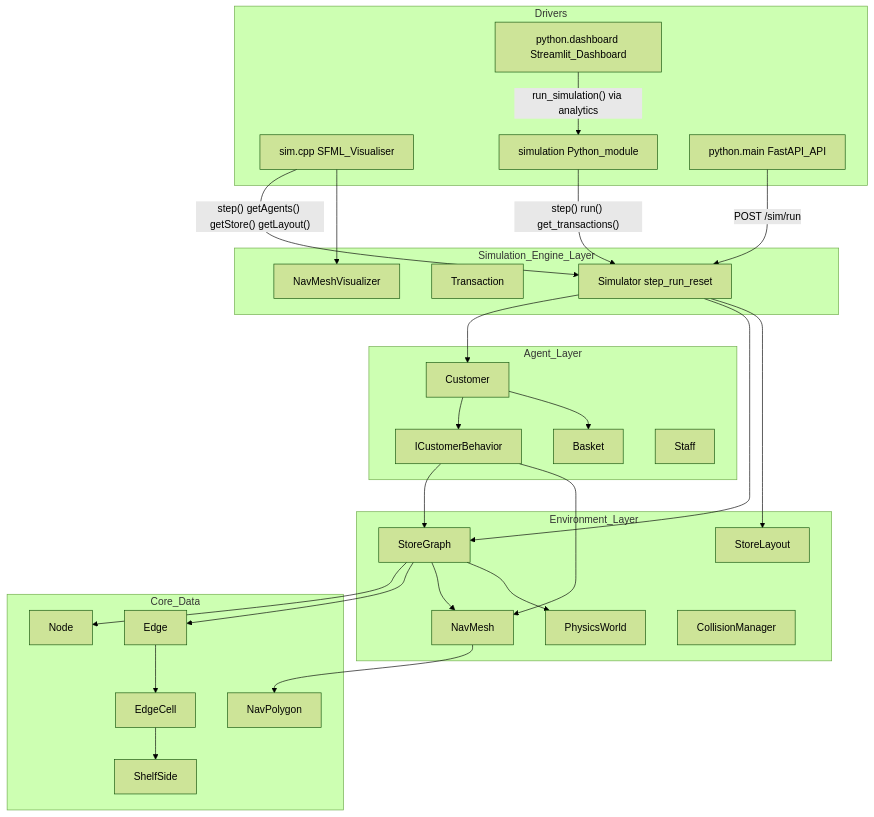
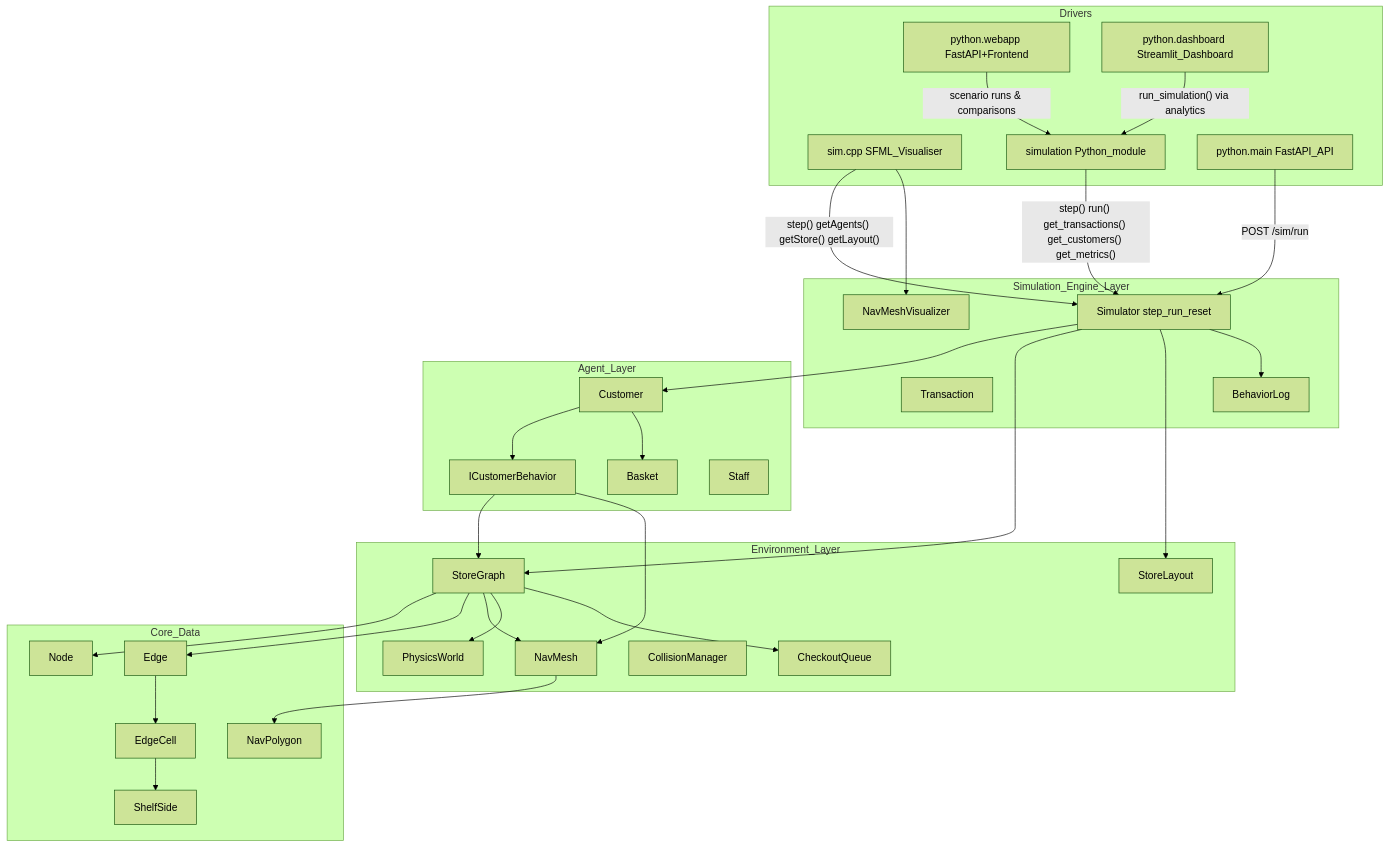
Before and after one commit to KristianKrattiger/PriceRiot: the first of 3 diagrams in cxx/docs/ARCHITECTURE.md, drawn with Mermaid (forest theme). The commit also changed other lines of this file and 3388 other files, not shown here.

````diff
--- a/cxx/docs/ARCHITECTURE.md
+++ b/cxx/docs/ARCHITECTURE.md
@@ -7,61 +7,67 @@
 ```mermaid
 flowchart TB
     subgraph Drivers [Drivers]
         sim_cpp[sim.cpp SFML_Visualiser]
         py_mod[simulation Python_module]
         api_main[python.main FastAPI_API]
+        webapp[python.webapp FastAPI+Frontend]
         dashboard[python.dashboard Streamlit_Dashboard]
     end
 
     subgraph SimLayer [Simulation_Engine_Layer]
         simulatorNode[Simulator step_run_reset]
         transactionNode[Transaction]
+        behaviorLogNode[BehaviorLog]
         navmeshViz[NavMeshVisualizer]
     end
 
     subgraph AgentLayer [Agent_Layer]
         customerNode[Customer]
         behaviorNode[ICustomerBehavior]
         basketNode[Basket]
         staffNode[Staff]
     end
 
     subgraph EnvLayer [Environment_Layer]
         storeGraphNode[StoreGraph]
         storeLayoutNode[StoreLayout]
         navMeshNode[NavMesh]
         physicsWorldNode[PhysicsWorld]
         collisionMgrNode[CollisionManager]
+        checkoutQueueNode[CheckoutQueue]
     end
 
     subgraph CoreData [Core_Data]
         nodeCore[Node]
         edgeCore[Edge]
         edgeCellCore[EdgeCell]
         navPolygonCore[NavPolygon]
         shelfSideCore[ShelfSide]
     end
 
     sim_cpp -->|"step() getAgents() getStore() getLayout()"| simulatorNode
-    py_mod -->|"step() run() get_transactions()"| simulatorNode
+    py_mod -->|"step() run() get_transactions() get_customers() get_metrics()"| simulatorNode
     api_main -->|"POST /sim/run"| simulatorNode
+    webapp -->|"scenario runs & comparisons"| py_mod
     dashboard -->|"run_simulation() via analytics"| py_mod
 
     simulatorNode --> customerNode
     simulatorNode --> storeGraphNode
     simulatorNode --> storeLayoutNode
+    simulatorNode --> behaviorLogNode
     sim_cpp --> navmeshViz
 
     customerNode --> behaviorNode
     customerNode --> basketNode
     behaviorNode --> storeGraphNode
     behaviorNode --> navMeshNode
 
     storeGraphNode --> nodeCore
     storeGraphNode --> edgeCore
     storeGraphNode --> navMeshNode
     storeGraphNode --> physicsWorldNode
+    storeGraphNode --> checkoutQueueNode
     edgeCore --> edgeCellCore
     edgeCellCore --> shelfSideCore
     navMeshNode --> navPolygonCore
 ```
````
